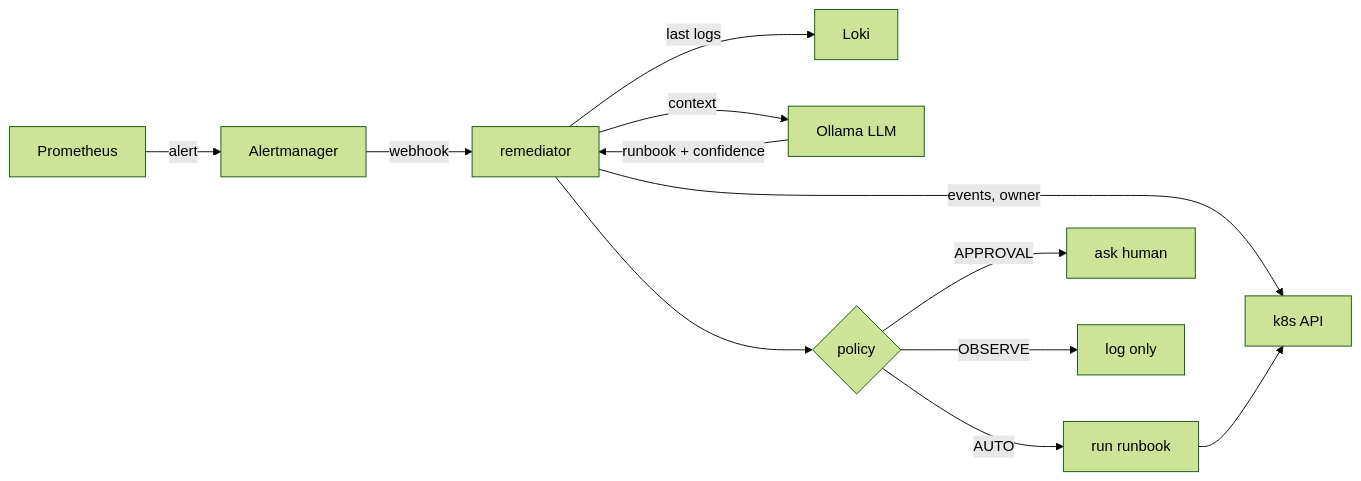
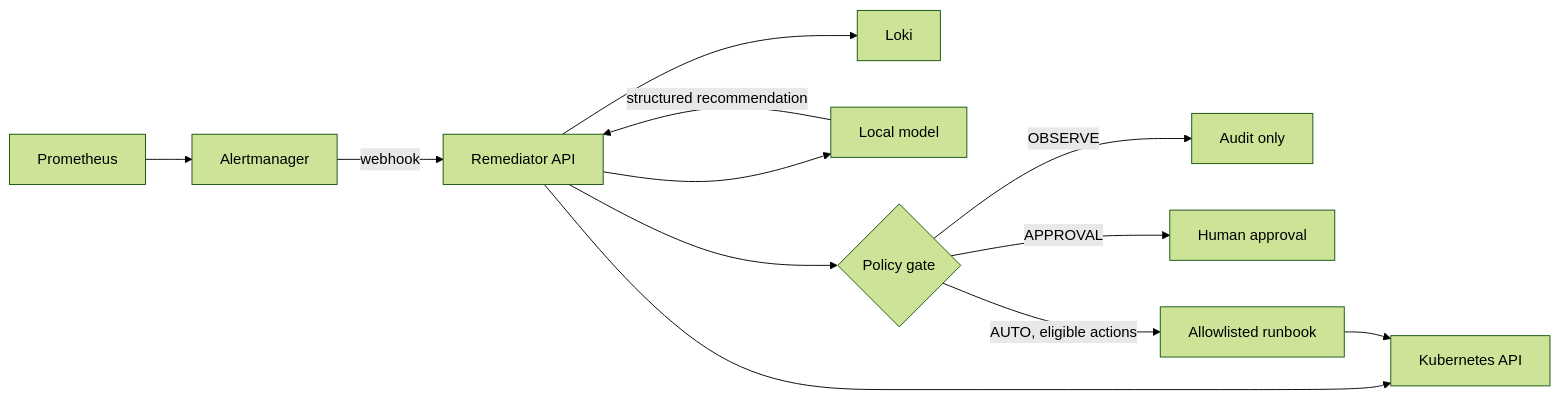
One commit to sunkaradp/k3s-ai-remediation changed the diagram in README.md. Above: the diagram before and after it, drawn with Mermaid (forest theme). The commit also changed other lines of this file, not shown here.

````diff
--- a/README.md
+++ b/README.md
@@ -11,14 +9,14 @@
 ```mermaid
 flowchart LR
-    P[Prometheus] -->|alert| AM[Alertmanager]
-    AM -->|webhook| R[remediator]
-    R -->|events, owner| K[k8s API]
-    R -->|last logs| L[Loki]
-    R -->|context| O[Ollama LLM]
-    O -->|runbook + confidence| R
-    R --> POL{policy}
-    POL -->|AUTO| RB[run runbook]
-    POL -->|APPROVAL| S[ask human]
-    POL -->|OBSERVE| LOG[log only]
-    RB --> K
+    P[Prometheus] --> A[Alertmanager]
+    A -->|webhook| R[Remediator API]
+    R --> K[Kubernetes API]
+    R --> L[Loki]
+    R --> M[Local model]
+    M -->|structured recommendation| R
+    R --> G{Policy gate}
+    G -->|OBSERVE| O[Audit only]
+    G -->|APPROVAL| H[Human approval]
+    G -->|AUTO, eligible actions| B[Allowlisted runbook]
+    B --> K
 ```
````
